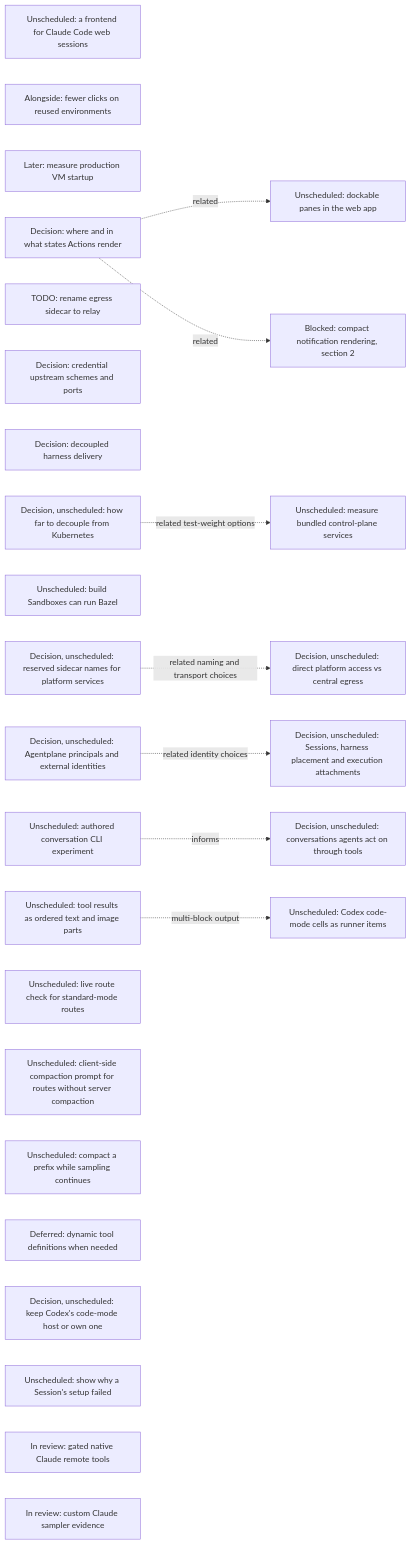
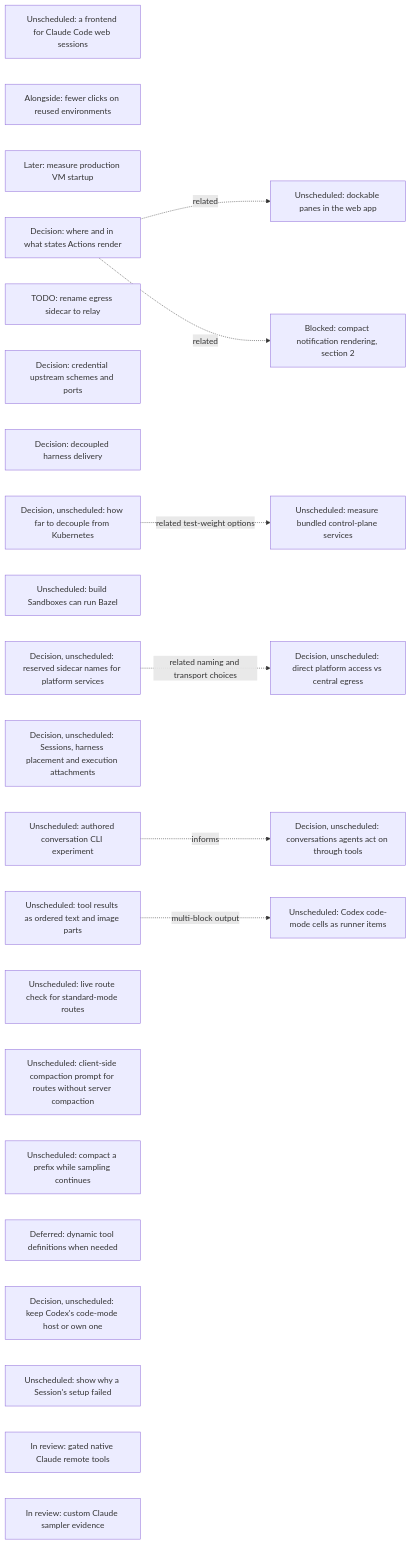
Before and after one commit to agentydragon/ducktape: the eighth of 20 diagrams in agentplane/plans/task_dag.md, drawn with Mermaid. The commit also changed other lines of this file and 16 other files, not shown here.

````diff
--- a/agentplane/plans/task_dag.md
+++ b/agentplane/plans/task_dag.md
@@ -1123,37 +1092,35 @@
 ```mermaid
 flowchart LR
     CLAUDE_CODE_WEB_BRIDGE[Unscheduled: a frontend for Claude Code web sessions]
     SESSION_LAUNCH_FRICTION[Alongside: fewer clicks on reused environments]
     VM_STARTUP_LATENCY[Later: measure production VM startup]
     ACTION_SURFACES_DESIGN[Decision: where and in what states Actions render]
     EGRESS_RELAY_RENAME[TODO: rename egress sidecar to relay]
     EGRESS_CREDENTIAL_TRANSPORT_DESIGN[Decision: credential upstream schemes and ports]
     RUNNER_HARNESS_DELIVERY_DESIGN[Decision: decoupled harness delivery]
     K3S_BUNDLED_SERVICES_SPIKE[Unscheduled: measure bundled control-plane services]
     KUBERNETES_DECOUPLING_DESIGN[Decision, unscheduled: how far to decouple from Kubernetes]
     KUBERNETES_DECOUPLING_DESIGN -. related test-weight options .-> K3S_BUNDLED_SERVICES_SPIKE
     DOCKABLE_PANES[Unscheduled: dockable panes in the web app]
     ACTION_SURFACES_DESIGN -. related .-> DOCKABLE_PANES
     NOTIFICATION_PRESENTATION[Blocked: compact notification rendering, section 2]
     ACTION_SURFACES_DESIGN -. related .-> NOTIFICATION_PRESENTATION
     BUILD_BOX_BAZEL[Unscheduled: build Sandboxes can run Bazel]
     PLATFORM_SERVICE_NAMES_DESIGN[Decision, unscheduled: reserved sidecar names for platform services]
     PLATFORM_SERVICE_ROUTING_DESIGN[Decision, unscheduled: direct platform access vs central egress]
     PLATFORM_SERVICE_NAMES_DESIGN -. related naming and transport choices .-> PLATFORM_SERVICE_ROUTING_DESIGN
     SESSION_RUNTIME_MODEL_DESIGN[Decision, unscheduled: Sessions, harness placement and execution attachments]
-    AGENT_PRINCIPAL_MODEL_DESIGN[Decision, unscheduled: Agentplane principals and external identities]
-    AGENT_PRINCIPAL_MODEL_DESIGN -. related identity choices .-> SESSION_RUNTIME_MODEL_DESIGN
     AGENT_AUTHORED_CONVERSATIONS_DESIGN[Decision, unscheduled: conversations agents act on through tools]
     AGENT_AUTHORED_CONVERSATIONS_EXPERIMENT[Unscheduled: authored conversation CLI experiment]
     AGENT_AUTHORED_CONVERSATIONS_EXPERIMENT -. informs .-> AGENT_AUTHORED_CONVERSATIONS_DESIGN
     STRUCTURED_TOOL_OUTPUT[Unscheduled: tool results as ordered text and image parts]
     STRUCTURED_TOOL_OUTPUT -. multi-block output .-> CODEX_CODE_MODE_CELLS[Unscheduled: Codex code-mode cells as runner items]
     CENTRAL_SAMPLER_MODEL_CAPABILITIES[Unscheduled: live route check for standard-mode routes]
     CENTRAL_SAMPLER_PROMPT_COMPACTION[Unscheduled: client-side compaction prompt for routes without server compaction]
     CENTRAL_SAMPLER_BACKGROUND_COMPACTION[Unscheduled: compact a prefix while sampling continues]
     CENTRAL_SAMPLER_DYNAMIC_TOOLS[Deferred: dynamic tool definitions when needed]
     CODE_MODE_HOST_DESIGN[Decision, unscheduled: keep Codex's code-mode host or own one]
     SESSION_SETUP_FAILURE_CAUSE[Unscheduled: show why a Session's setup failed]
     CLAUDE_REMOTE_EXECUTION_SPIKE[In review: gated native Claude remote tools]
     CLAUDE_CUSTOM_SAMPLER[In review: custom Claude sampler evidence]
 ```
````
